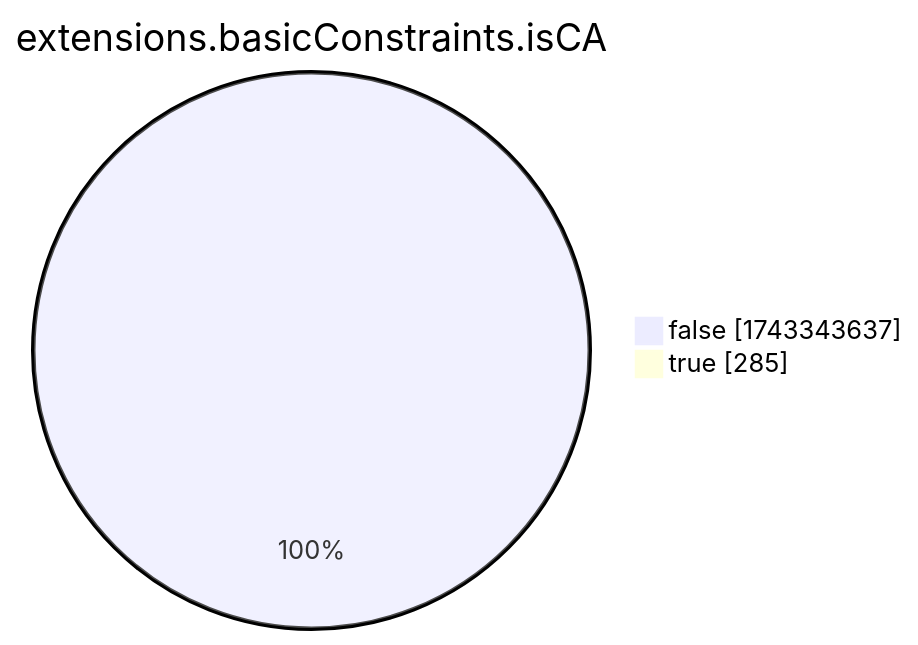
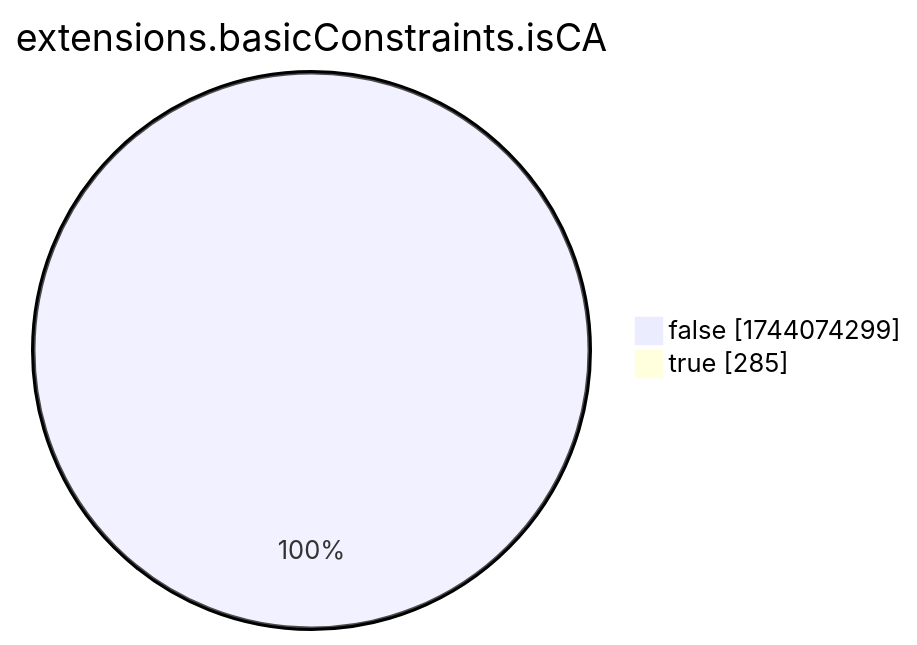
The eighth of 15 diagrams in xenon2022/README.md (christiankrug/ctmonitor_visualization), drawn with Mermaid before and after one commit. The commit also changed other lines of this file, not shown here.

````diff
--- a/xenon2022/README.md
+++ b/xenon2022/README.md
@@ -2867,6 +2867,6 @@
 ```mermaid
 pie showData
 title extensions.basicConstraints.isCA
-"false" :1743343637
+"false" :1744074299
 "true" :285
 ```
````
